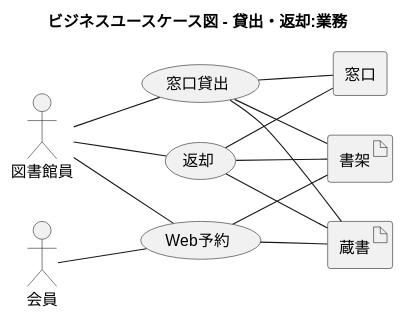
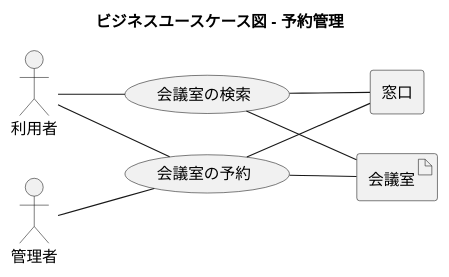
Before and after one commit to k2works/case-study-mrs: the fifth of 15 diagrams in docs/index.adoc, drawn with PlantUML. The commit also changed other lines of this file, not shown here.

```diff
--- a/docs/index.adoc
+++ b/docs/index.adoc
@@ -156,37 +145,29 @@
 [plantuml]
 ----
 @startuml
 
-title ビジネスユースケース図 - 貸出・返却:業務
+title ビジネスユースケース図 - 予約管理
 
 left to right direction
 
-actor 会員
-actor 図書館員
+actor 利用者 as ac_01
+actor 管理者 as ac_02
 
-agent 窓口
+agent 窓口 as ag_01
 
-usecase 窓口貸出
-usecase Web予約
-usecase 返却
+usecase 会議室の検索 as uc_01
+usecase 会議室の予約 as uc_02
 
-artifact 蔵書
-artifact 書架
+artifact 会議室 as af_01
 
-:図書館員: -- (窓口貸出)
-(窓口貸出) -- 窓口
-(窓口貸出) -- 蔵書
-(窓口貸出) -- 書架
+ac_01 -- (uc_01)
+ac_01 -- (uc_02)
+ac_02 -- (uc_02)
 
-:会員: -- (Web予約)
-:図書館員: -- (Web予約)
-(Web予約) -- 蔵書
-(Web予約) -- 書架
-
-:図書館員: -- (返却)
-(返却) -- 窓口
-(返却) -- 蔵書
-(返却) -- 書架
+(uc_01) -- af_01
+(uc_01) -- ag_01
+(uc_02) -- af_01
+(uc_02) -- ag_01
 
 @enduml
 ----
```
